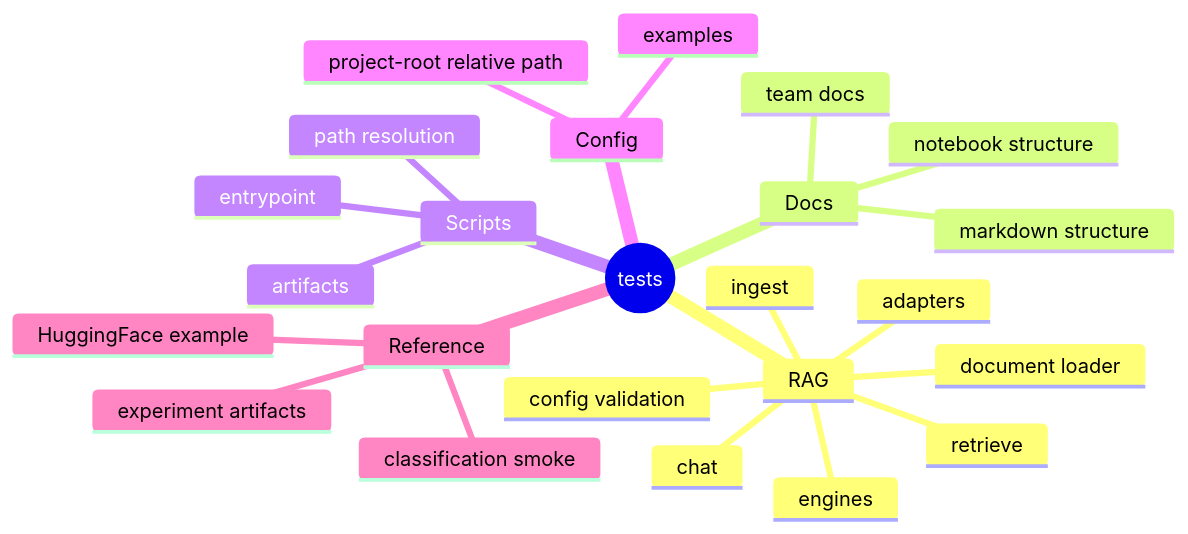
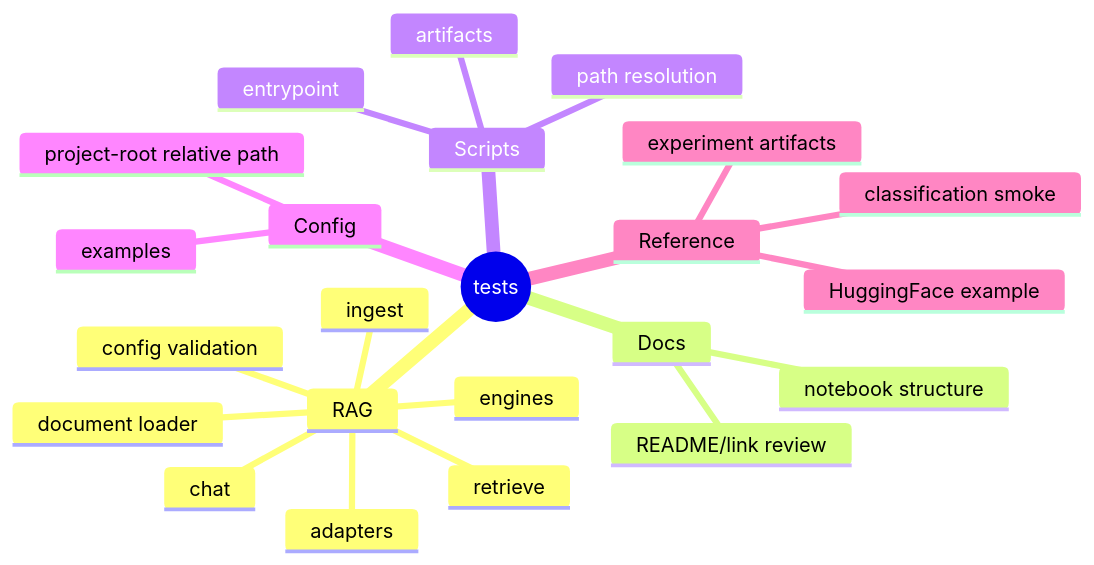
The diagram in tests/README.md (Codeit-Part3-6Team/Codeit-Part3-6Team-Project), drawn with Mermaid before and after one commit. The commit also changed other lines of this file and 6 other files, not shown here.

````diff
--- a/tests/README.md
+++ b/tests/README.md
@@ -8,27 +8,26 @@
 ```mermaid
 mindmap
   root((tests))
     RAG
       config validation
       document loader
       engines
       ingest
       retrieve
       chat
       adapters
     Docs
-      team docs
-      markdown structure
       notebook structure
+      README/link review
     Scripts
       entrypoint
       path resolution
       artifacts
     Config
       project-root relative path
       examples
     Reference
       classification smoke
       HuggingFace example
       experiment artifacts
 ```
````
